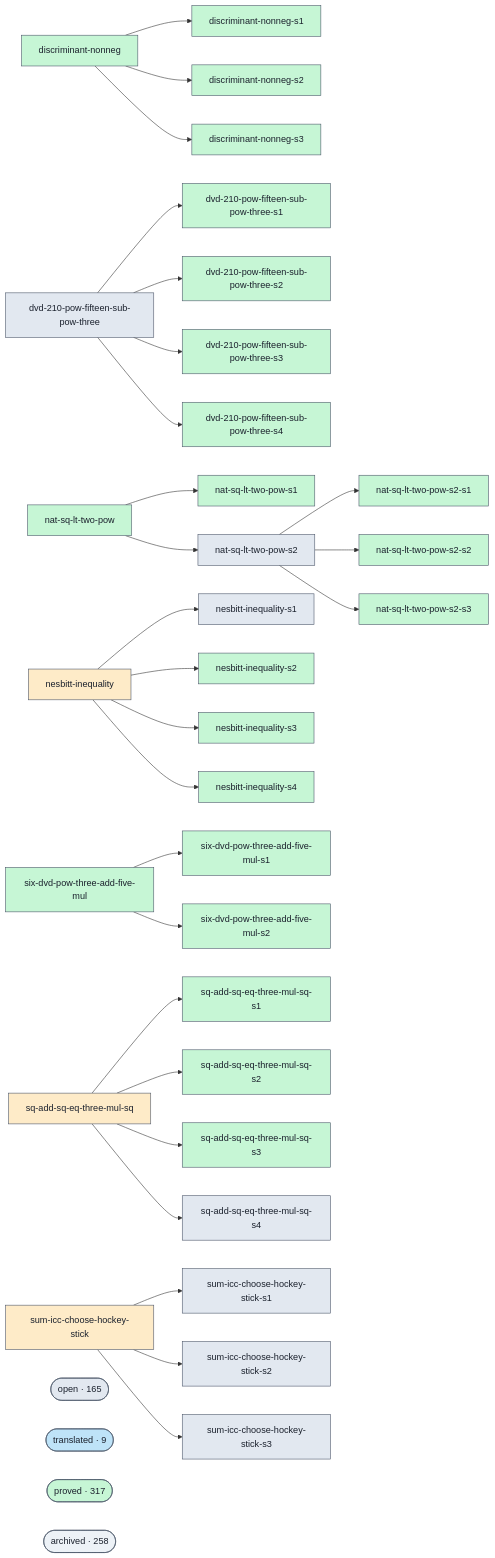
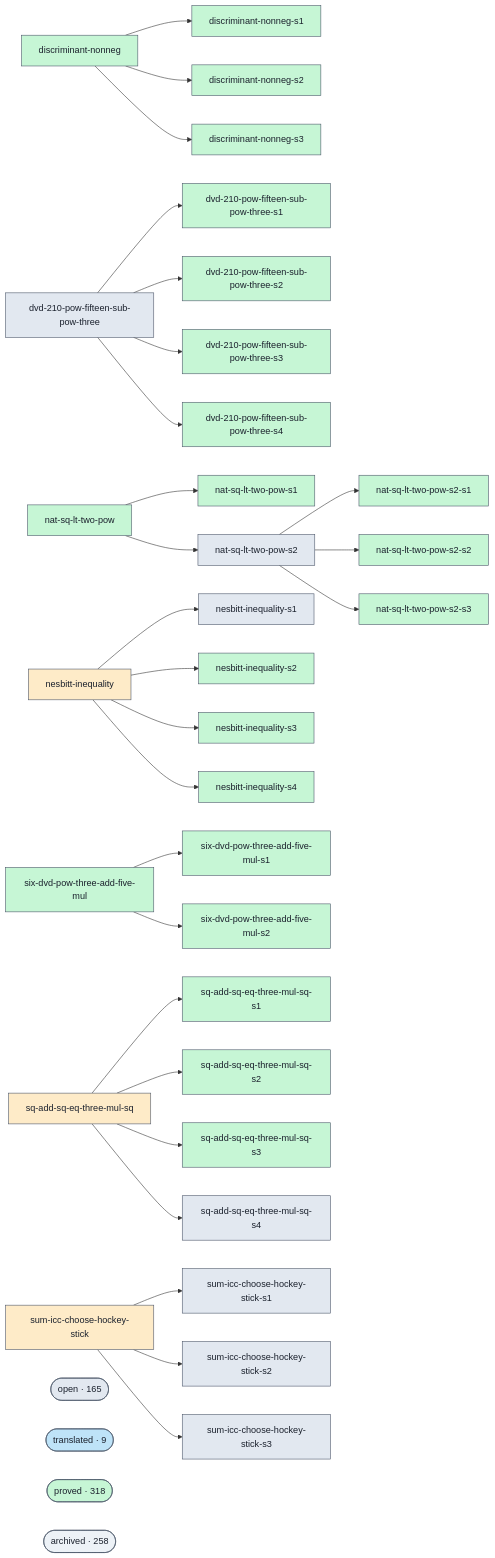
The diagram in docs/proofs-contributors-visualisation.md (ohdearquant/unsorry), drawn with Mermaid before and after one commit. The commit also changed other lines of this file and 2 other files, not shown here.

```diff
--- a/docs/proofs-contributors-visualisation.md
+++ b/docs/proofs-contributors-visualisation.md
@@ -147,7 +147,7 @@
   class cluster_open open;
   cluster_translated(["translated · 9"])
   class cluster_translated translated;
-  cluster_proved(["proved · 317"])
+  cluster_proved(["proved · 318"])
   class cluster_proved proved;
   cluster_archived(["archived · 258"])
   class cluster_archived unknown;
```
